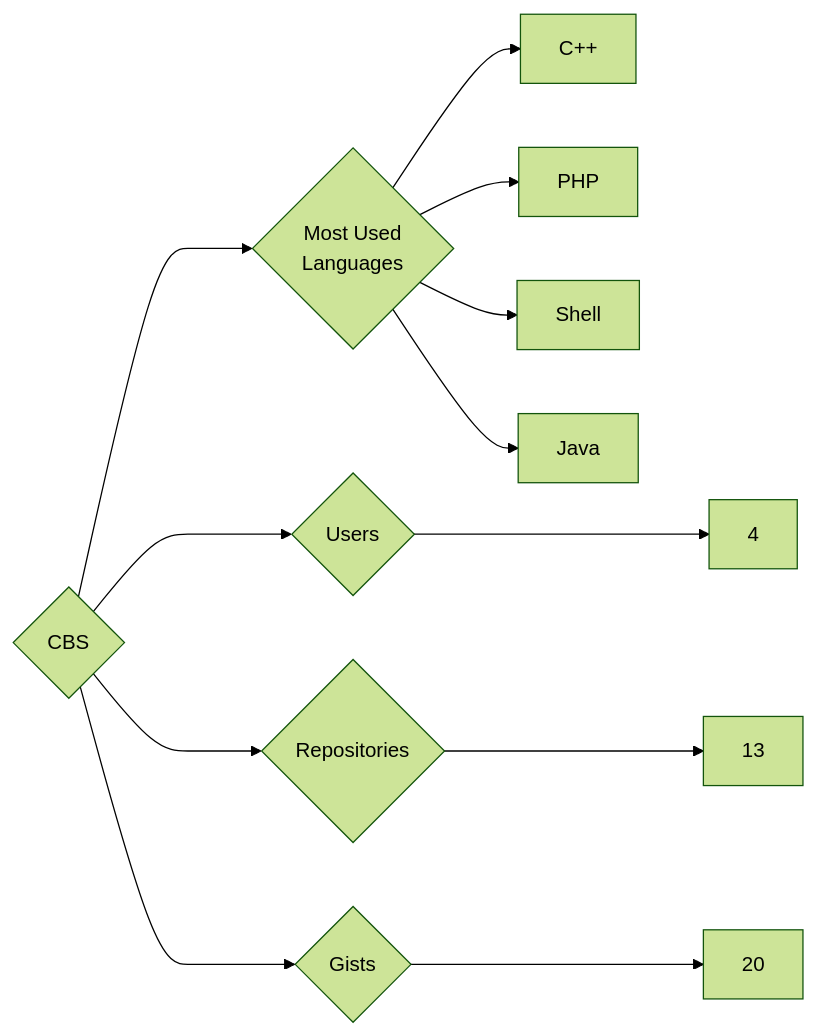
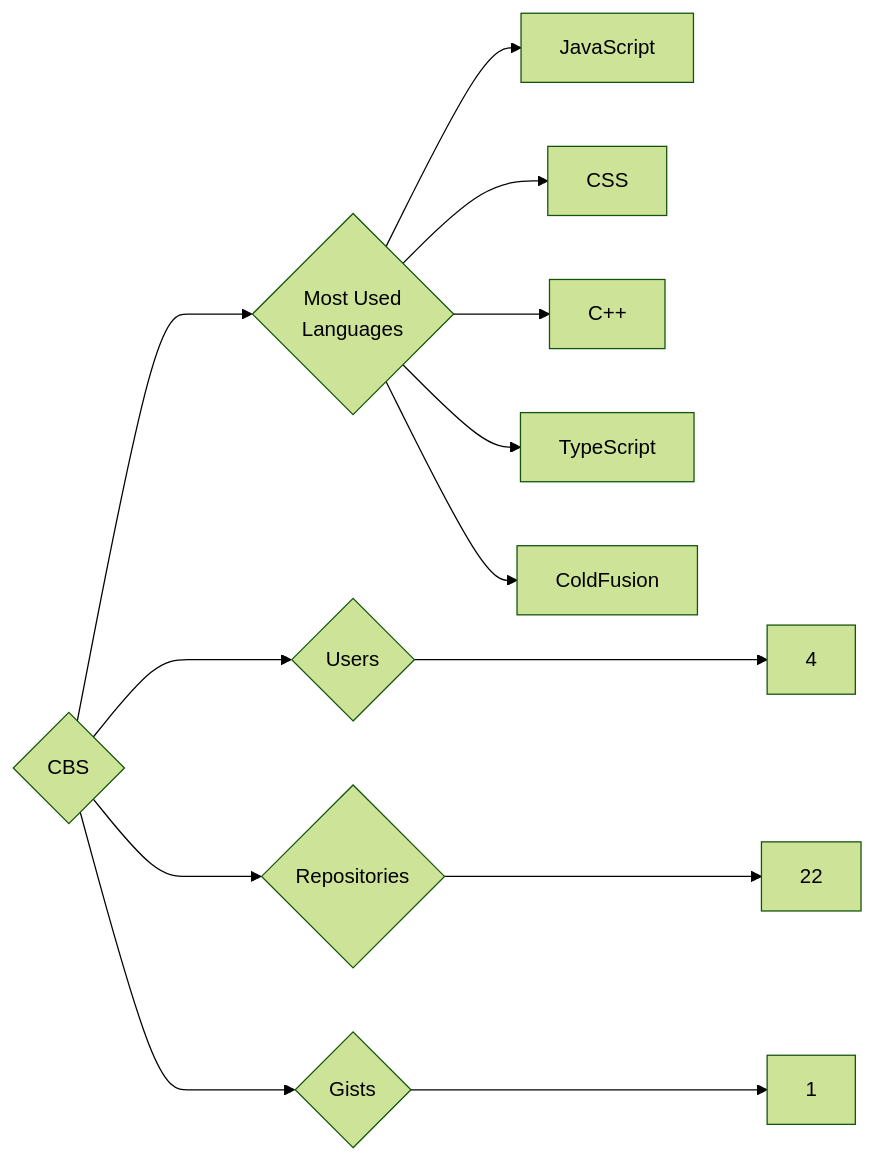
The diagram in targets/CBS/README.md (trickest/insiders), drawn with Mermaid (forest theme) before and after one commit. The commit also changed 1141 other files, not shown here.

````diff
--- a/targets/CBS/README.md
+++ b/targets/CBS/README.md
@@ -3,12 +3,13 @@
 ```mermaid
 graph LR
 COMPANY_NAME{CBS}
 COMPANY_NAME ---> U{Users} ---> UN[4]
-COMPANY_NAME ---> R{Repositories} ---> RN[13]
-COMPANY_NAME ---> G{Gists} ---> GN[20]
+COMPANY_NAME ---> R{Repositories} ---> RN[22]
+COMPANY_NAME ---> G{Gists} ---> GN[1]
 COMPANY_NAME ---> ML{Most Used<br>Languages}
+ML --> JavaScript[JavaScript]
+ML --> CSS[CSS]
 ML --> C++[C++]
-ML --> PHP[PHP]
-ML --> Shell[Shell]
-ML --> Java[Java]
+ML --> TypeScript[TypeScript]
+ML --> ColdFusion[ColdFusion]
 ```
````
